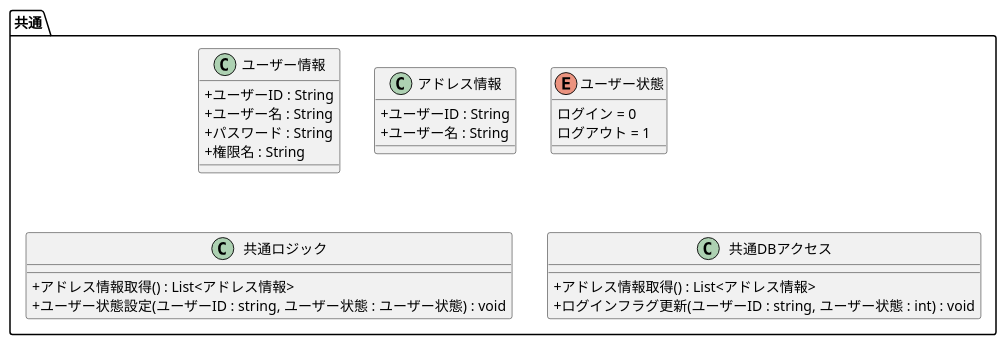
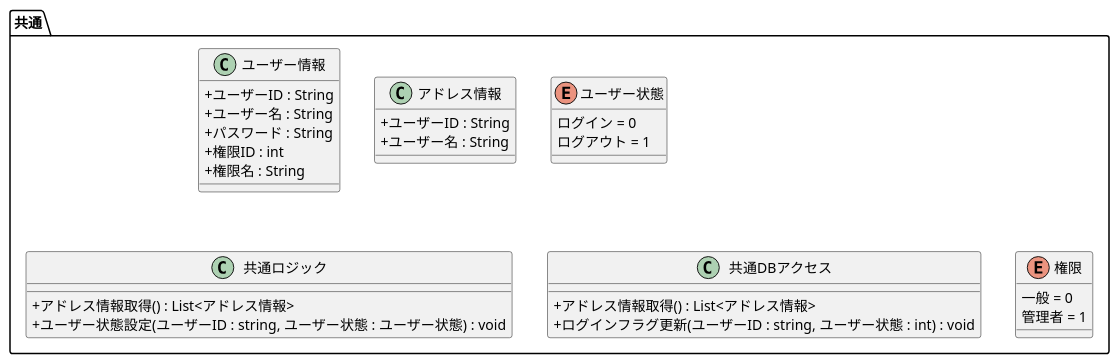
One commit to R-SAIKI/practiceUML changed the diagram in クラス図/共通.pu. Above: the diagram before and after it, drawn with PlantUML. The commit also changed 15 other files, not shown here.

```diff
--- a/クラス図/共通.pu
+++ b/クラス図/共通.pu
@@ -1,34 +1,40 @@
 @startuml
 
 skinparam classAttributeIconSize 0
 
 namespace 共通 #FFFFFF {
   class ユーザー情報 {
      + ユーザーID : String
      + ユーザー名 : String
      + パスワード : String
+     + 権限ID : int
      + 権限名 : String
   }
 
   class アドレス情報 {
      + ユーザーID : String
      + ユーザー名 : String
   }
 
   enum ユーザー状態 {
     ログイン = 0
     ログアウト = 1
   }
 
   class 共通ロジック {
     + アドレス情報取得() : List<アドレス情報>
     + ユーザー状態設定(ユーザーID : string, ユーザー状態 : ユーザー状態) : void
   }
   
   class 共通DBアクセス {
     + アドレス情報取得() : List<アドレス情報>
     + ログインフラグ更新(ユーザーID : string, ユーザー状態 : int) : void
   }
+
+  enum 権限 {
+    一般 = 0
+    管理者 = 1
+  }
 }
 
 @enduml
```
